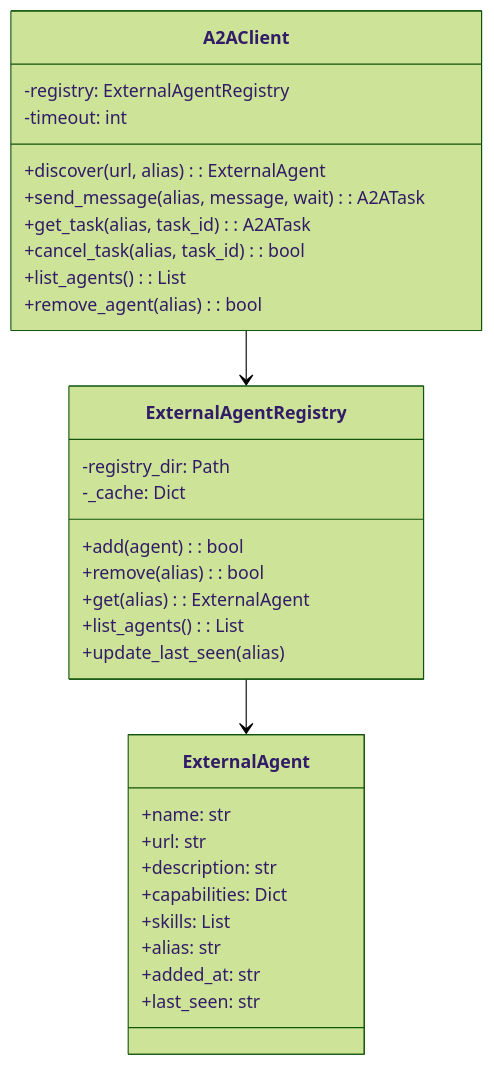
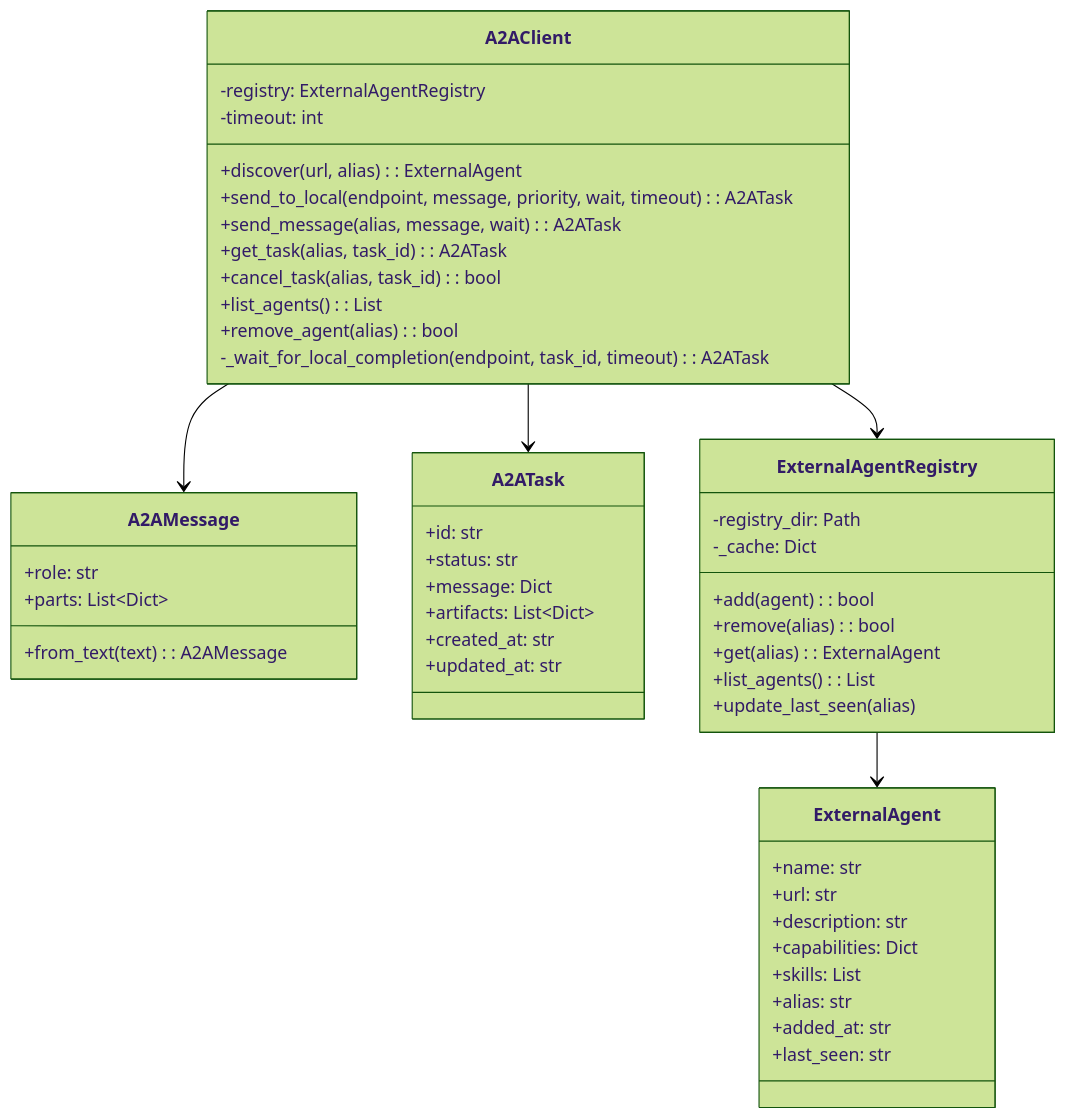
Before and after one commit to s-hiraoku/synapse-a2a: the eighth of 18 diagrams in guides/architecture.md, drawn with Mermaid (forest theme). The commit also changed other lines of this file and 4 other files, not shown here.

````diff
--- a/guides/architecture.md
+++ b/guides/architecture.md
@@ -274,37 +334,56 @@
 ```mermaid
 classDiagram
     class A2AClient {
         -registry: ExternalAgentRegistry
         -timeout: int
         +discover(url, alias): ExternalAgent
+        +send_to_local(endpoint, message, priority, wait, timeout): A2ATask
         +send_message(alias, message, wait): A2ATask
         +get_task(alias, task_id): A2ATask
         +cancel_task(alias, task_id): bool
         +list_agents(): List
         +remove_agent(alias): bool
+        -_wait_for_local_completion(endpoint, task_id, timeout): A2ATask
+    }
+
+    class A2AMessage {
+        +role: str
+        +parts: List~Dict~
+        +from_text(text): A2AMessage
+    }
+
+    class A2ATask {
+        +id: str
+        +status: str
+        +message: Dict
+        +artifacts: List~Dict~
+        +created_at: str
+        +updated_at: str
     }
 
     class ExternalAgentRegistry {
         -registry_dir: Path
         -_cache: Dict
         +add(agent): bool
         +remove(alias): bool
         +get(alias): ExternalAgent
         +list_agents(): List
         +update_last_seen(alias)
     }
 
     class ExternalAgent {
         +name: str
         +url: str
         +description: str
         +capabilities: Dict
         +skills: List
         +alias: str
         +added_at: str
         +last_seen: str
     }
 
     A2AClient --> ExternalAgentRegistry
+    A2AClient --> A2AMessage
+    A2AClient --> A2ATask
     ExternalAgentRegistry --> ExternalAgent
 ```
````
